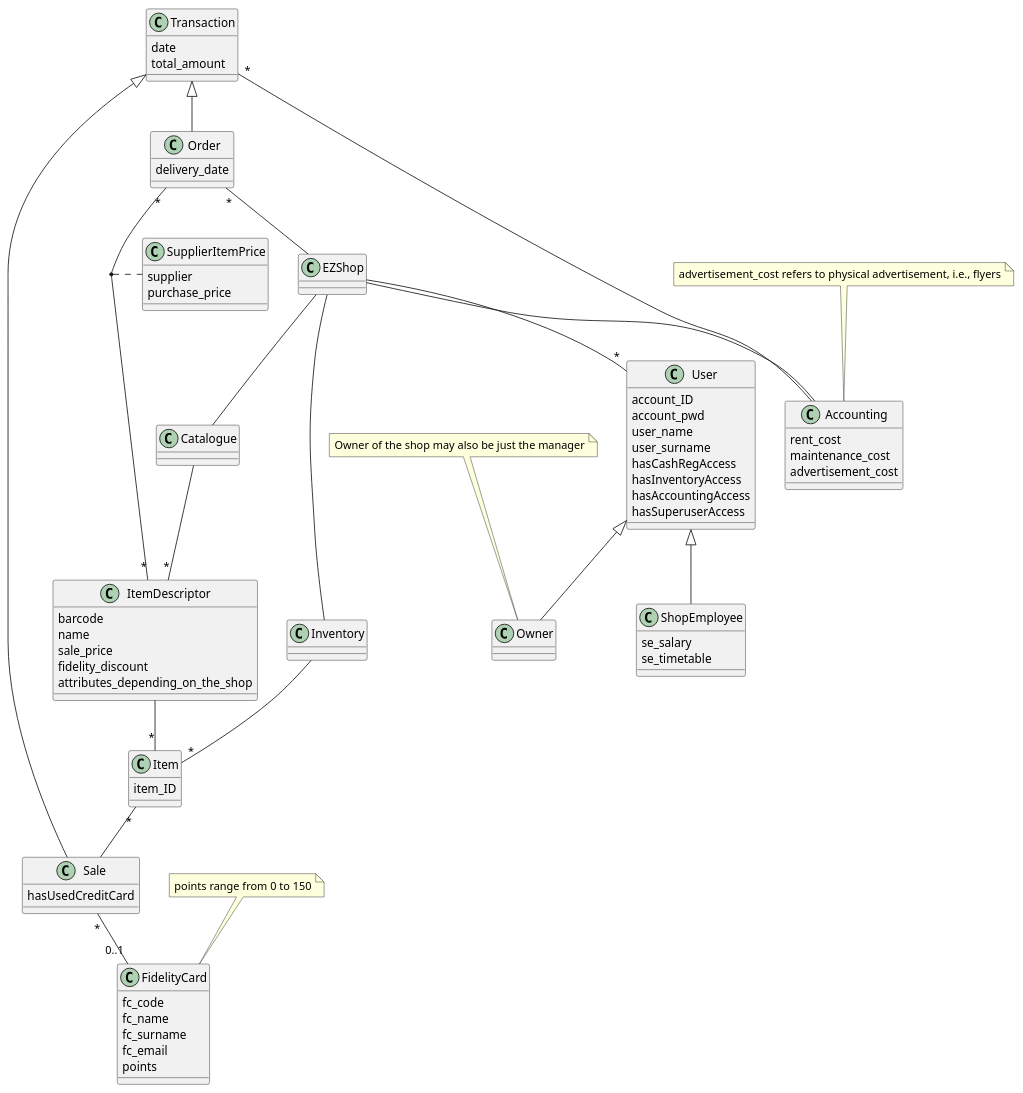
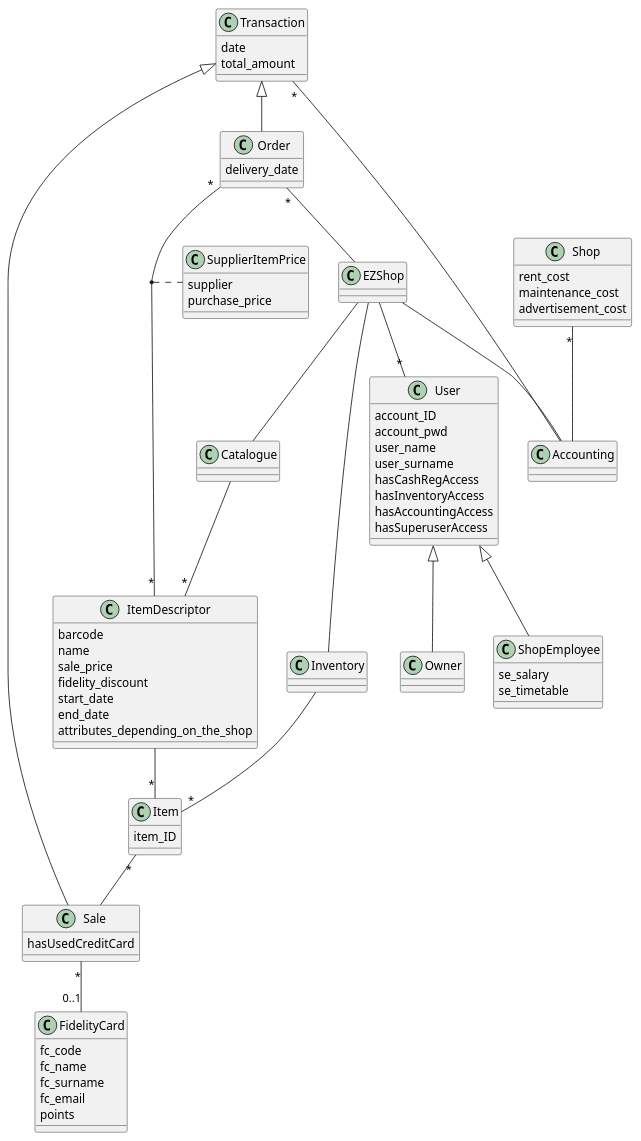
Before and after one commit to b3xul/ezshop: the third of 4 diagrams in Deliverables/RequirementsDocument.md, drawn with PlantUML. The commit also changed other lines of this file, not shown here.

```diff
--- a/Deliverables/RequirementsDocument.md
+++ b/Deliverables/RequirementsDocument.md
@@ -446,8 +424,6 @@
     hasSuperuserAccess
 }
 class Owner
-note "Owner of the shop may also be just the manager" as N1
-N1 .. Owner
 
 class ShopEmployee{
     se_salary
@@ -470,6 +446,8 @@
     name
     sale_price
     fidelity_discount
+    start_date
+    end_date
     attributes_depending_on_the_shop
 }
 class Item{
@@ -489,17 +467,14 @@
     fc_email
     points
 }
-note "points range from 0 to 150" as N2
-N2 .. FidelityCard
 
-class Accounting{
+class Accounting
+
+class Shop{
     rent_cost
     maintenance_cost
     advertisement_cost
 }
-note "advertisement_cost refers to physical advertisement, i.e., flyers" as N3
-N3 .. Accounting
-
 
 Owner -up-|> User
 ShopEmployee -up-|> User
@@ -521,6 +496,7 @@
 Order -up-|> Transaction
 Sale -up-|> Transaction
 Transaction "*" -- Accounting
+Shop "*" -- Accounting
 
 Order "*" -- "*" ItemDescriptor
 
```
